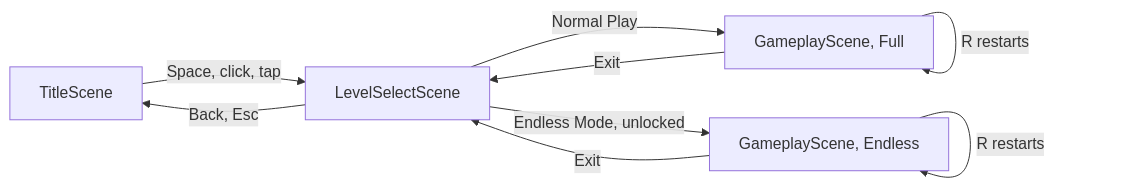
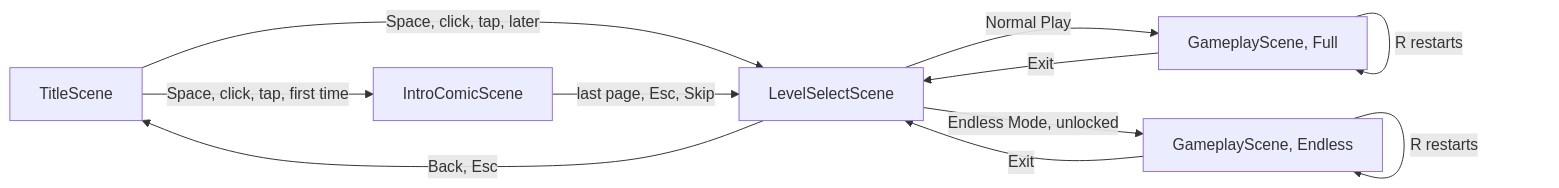
Before and after one commit to CSCI-526/Team4-Lu_Lu: the first of 4 diagrams in docs/monkobra-tdd.md, drawn with Mermaid. The commit also changed other lines of this file and 81 other files, not shown here.

Commit message:
Add the intro comic scene between the title and the level selection, built from the panels by Monkobra > Build Intro Comic, so the story plays once a launch before the menu.

````diff
--- a/docs/monkobra-tdd.md
+++ b/docs/monkobra-tdd.md
@@ -43,11 +44,13 @@
 ```mermaid
 graph LR
-  Title[TitleScene] -->|Space, click, tap| Select[LevelSelectScene]
+  Title[TitleScene] -->|Space, click, tap, first time| Comic[IntroComicScene]
+  Title -->|Space, click, tap, later| Select[LevelSelectScene]
+  Comic -->|last page, Esc, Skip| Select
   Select -->|Normal Play| Play[GameplayScene, Full]
   Select -->|Endless Mode, unlocked| Play2[GameplayScene, Endless]
   Select -->|Back, Esc| Title
   Play -->|R restarts| Play
   Play2 -->|R restarts| Play2
   Play -->|Exit| Select
   Play2 -->|Exit| Select
 ```
````
